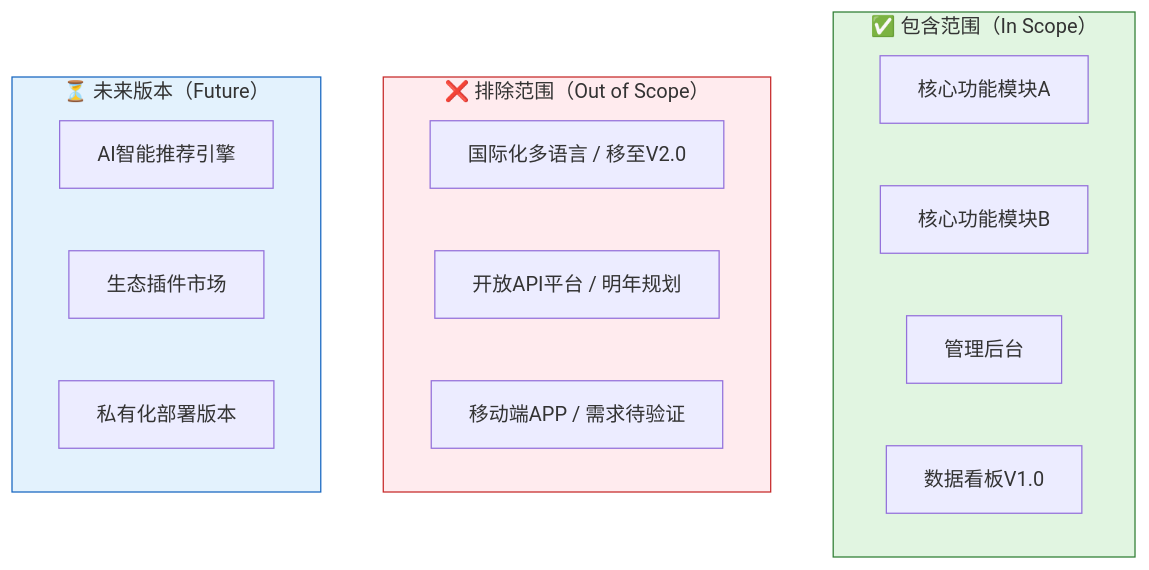
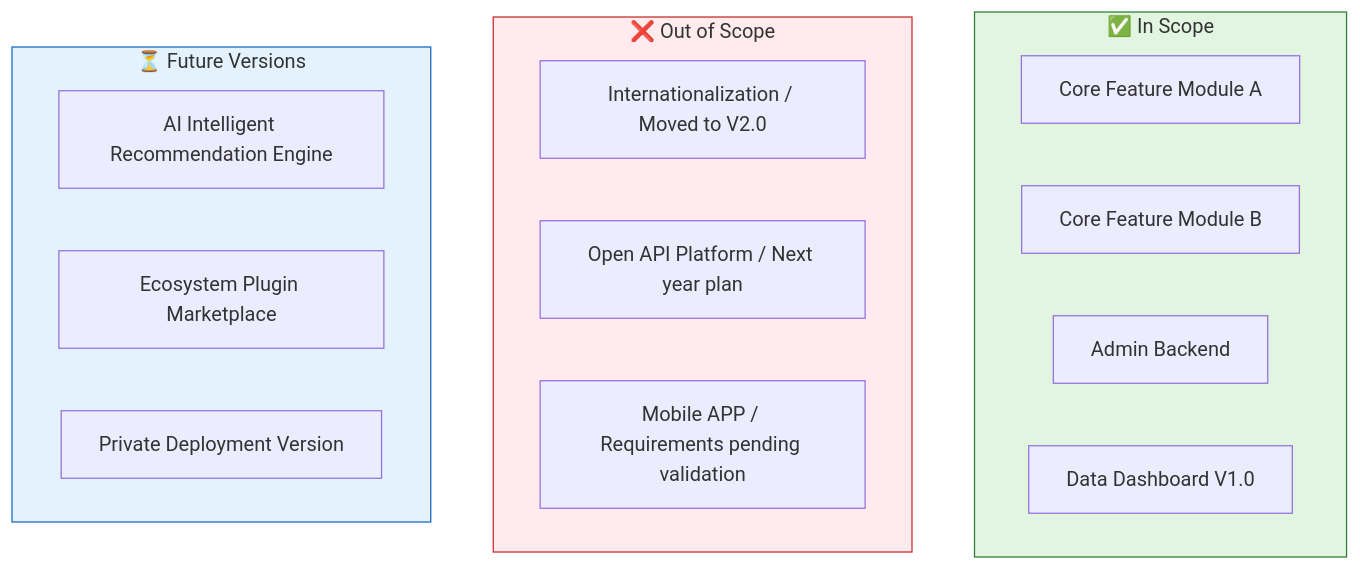
One commit to Kirky-X/cangjie changed the sixth of 11 diagrams in templates/产品/战略层/【模板】项目任务书.md. Above: the diagram before and after it, drawn with Mermaid. The commit also changed other lines of this file and 60 other files, not shown here.

````diff
--- a/templates/产品/战略层/【模板】项目任务书.md
+++ b/templates/产品/战略层/【模板】项目任务书.md
@@ -304,25 +304,25 @@
 ```mermaid
 graph TB
-    subgraph InScope["✅ 包含范围（In Scope）"]
-        A1[核心功能模块A]
-        A2[核心功能模块B]
-        A3[管理后台]
-        A4[数据看板V1.0]
+    subgraph InScope["✅ In Scope"]
+        A1[Core Feature Module A]
+        A2[Core Feature Module B]
+        A3[Admin Backend]
+        A4[Data Dashboard V1.0]
     end
 
-    subgraph OutScope["❌ 排除范围（Out of Scope）"]
-        B1[国际化多语言 / 移至V2.0]
-        B2[开放API平台 / 明年规划]
-        B3[移动端APP / 需求待验证]
+    subgraph OutScope["❌ Out of Scope"]
+        B1[Internationalization / Moved to V2.0]
+        B2[Open API Platform / Next year plan]
+        B3[Mobile APP / Requirements pending validation]
     end
 
-    subgraph Future["⏳ 未来版本（Future）"]
-        C1[AI智能推荐引擎]
-        C2[生态插件市场]
-        C3[私有化部署版本]
+    subgraph Future["⏳ Future Versions"]
+        C1[AI Intelligent Recommendation Engine]
+        C2[Ecosystem Plugin Marketplace]
+        C3[Private Deployment Version]
     end
 
     style InScope fill:#e1f5e1,stroke:#2e7d32
     style OutScope fill:#ffebee,stroke:#c62828
     style Future fill:#e3f2fd,stroke:#1565c0
 ```
````
